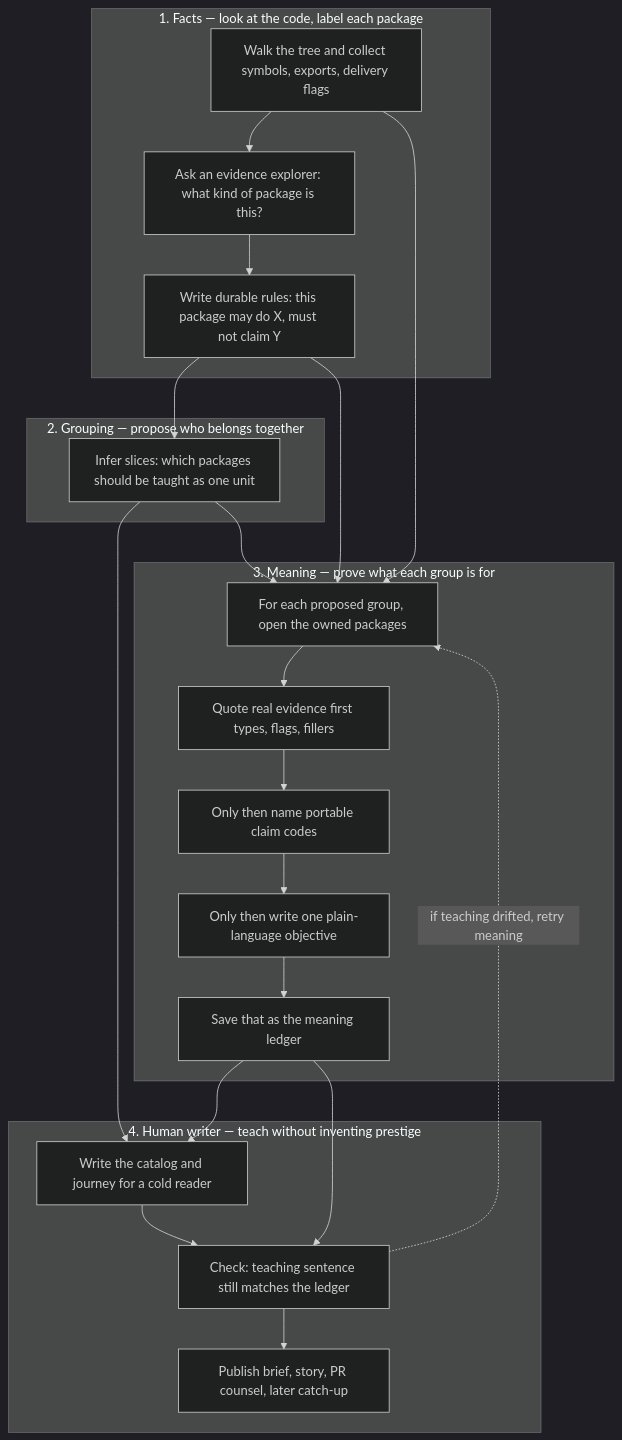
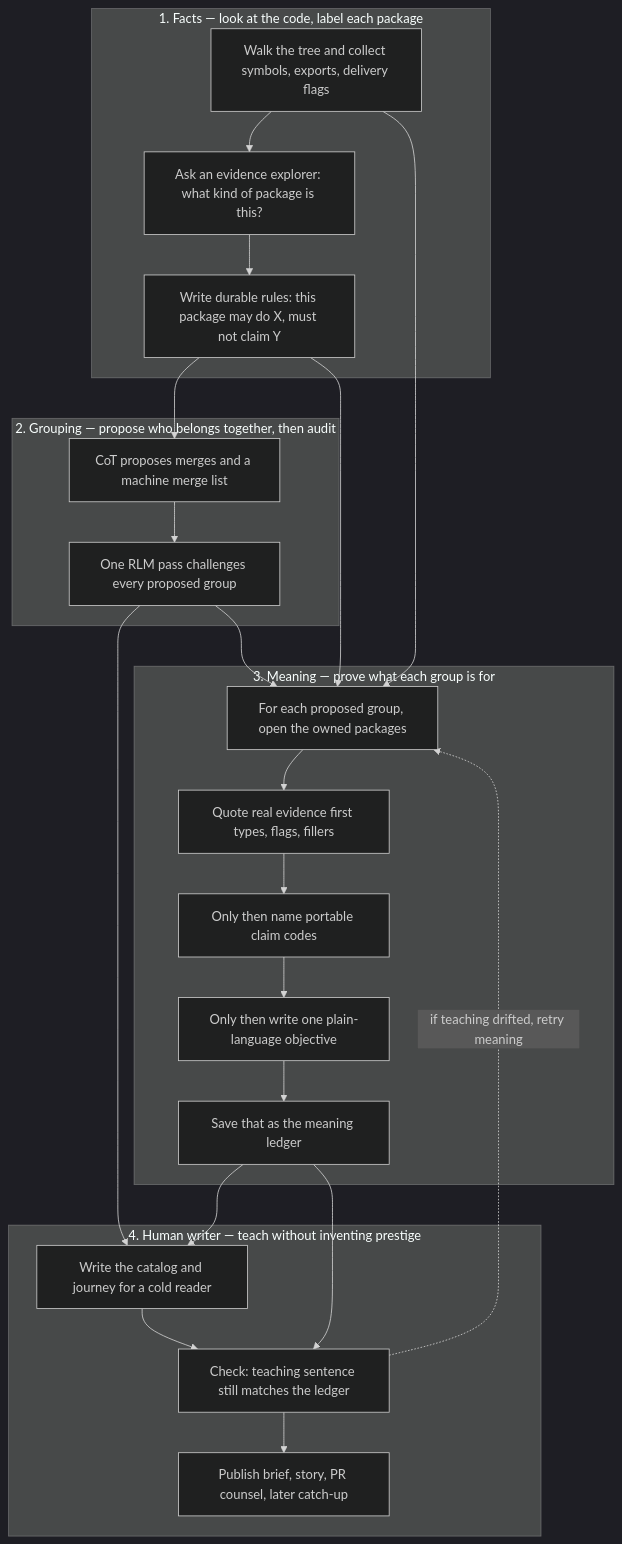
Before and after one commit to behaviorengineering/majordomo: the diagram in docs/advanced/10-repo-context-branch.md, drawn with Mermaid (dark theme). The commit also changed other lines of this file and 22 other files, not shown here.

First line of the commit message:
Add cluster merge RLM audit loop before typology refine.

````diff
--- a/docs/advanced/10-repo-context-branch.md
+++ b/docs/advanced/10-repo-context-branch.md
@@ -80,38 +81,40 @@
 ```mermaid
 flowchart TB
   subgraph facts ["1. Facts — look at the code, label each package"]
     survey["Walk the tree and collect symbols, exports, delivery flags"]
     roleRLM["Ask an evidence explorer: what kind of package is this?"]
     constraints["Write durable rules: this package may do X, must not claim Y"]
     survey --> roleRLM --> constraints
   end
 
-  subgraph grouping ["2. Grouping — propose who belongs together"]
-    cluster["Infer slices: which packages should be taught as one unit"]
+  subgraph grouping ["2. Grouping — propose who belongs together, then audit"]
+    cluster["CoT proposes merges and a machine merge list"]
+    clusterAudit["One RLM pass challenges every proposed group"]
+    cluster --> clusterAudit
   end
 
   subgraph meaning ["3. Meaning — prove what each group is for"]
     ledgerRLM["For each proposed group, open the owned packages"]
     evidenceFirst["Quote real evidence first types, flags, fillers"]
     claimsNext["Only then name portable claim codes"]
     objectiveLast["Only then write one plain-language objective"]
     ledger["Save that as the meaning ledger"]
     ledgerRLM --> evidenceFirst --> claimsNext --> objectiveLast --> ledger
   end
 
   subgraph writer ["4. Human writer — teach without inventing prestige"]
     refine["Write the catalog and journey for a cold reader"]
     gates["Check: teaching sentence still matches the ledger"]
     publish["Publish brief, story, PR counsel, later catch-up"]
     refine --> gates --> publish
   end
 
   constraints --> cluster
-  cluster --> ledgerRLM
+  clusterAudit --> ledgerRLM
   constraints --> ledgerRLM
   survey --> ledgerRLM
-  cluster --> refine
+  clusterAudit --> refine
   ledger --> refine
   ledger --> gates
   gates -.->|"if teaching drifted, retry meaning"| ledgerRLM
 ```
````
